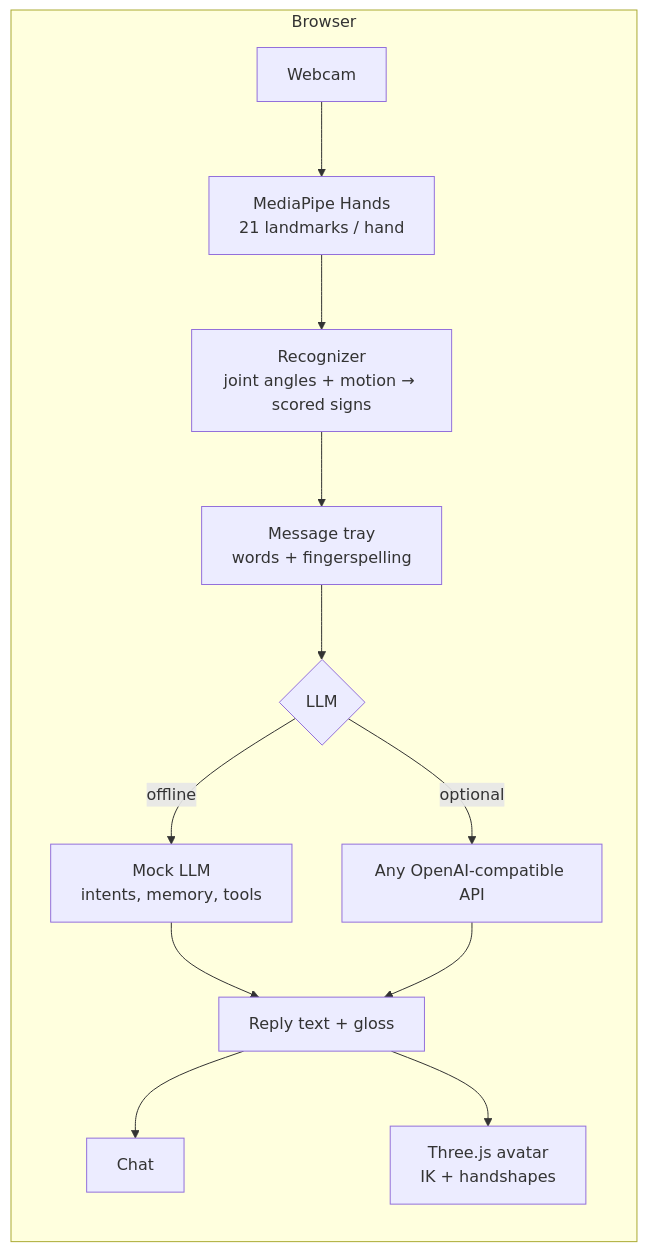
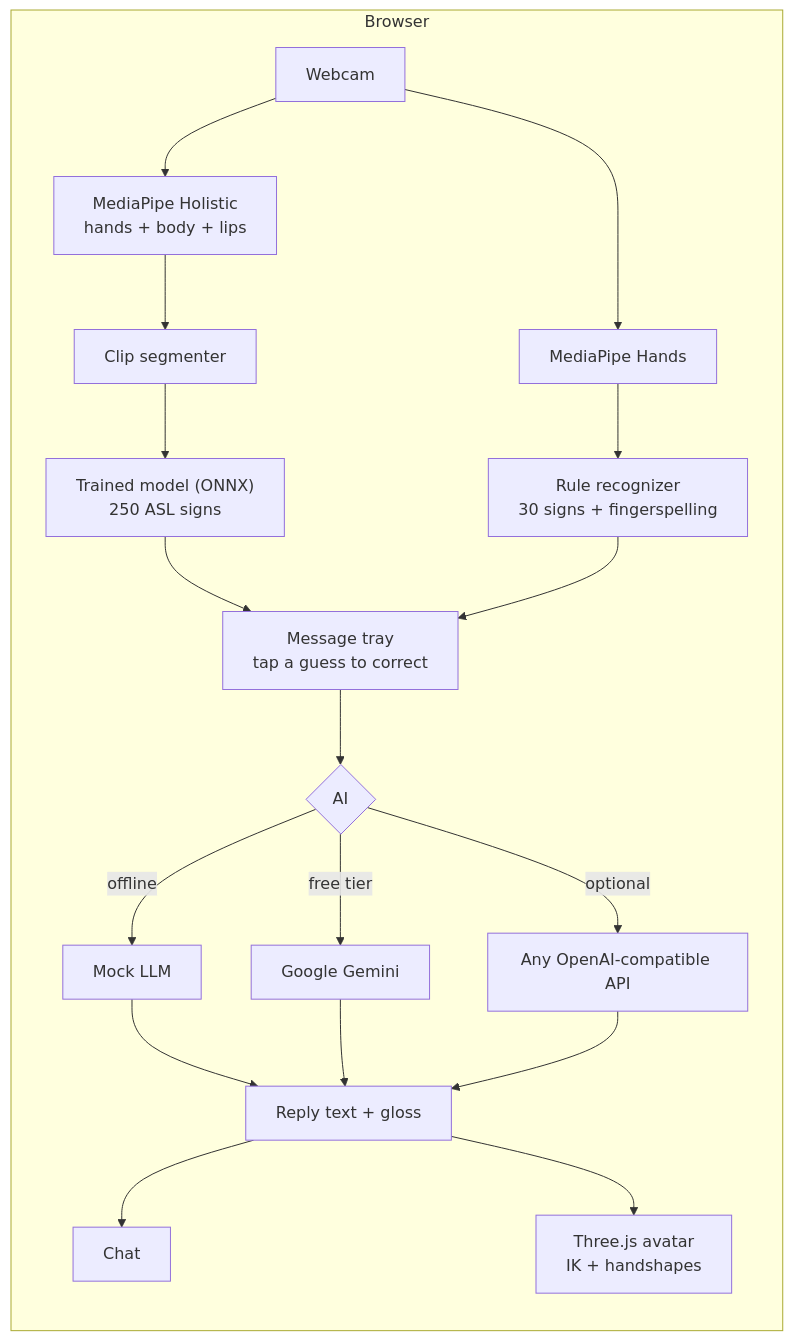
Before and after one commit to samadbekyunusalievv/signai: the diagram in README.md, drawn with Mermaid. The commit also changed other lines of this file and 4 other files, not shown here.

````diff
--- a/README.md
+++ b/README.md
@@ -32,15 +32,20 @@
 ```mermaid
 flowchart LR
     subgraph Browser
-        CAM["Webcam"] --> MP["MediaPipe Hands<br/>21 landmarks / hand"]
-        MP --> REC["Recognizer<br/>joint angles + motion → scored signs"]
-        REC --> TRAY["Message tray<br/>words + fingerspelling"]
-        TRAY --> LLM{"LLM"}
-        LLM -->|offline| MOCK["Mock LLM<br/>intents, memory, tools"]
+        CAM["Webcam"] --> HOL["MediaPipe Holistic<br/>hands + body + lips"]
+        CAM --> MP["MediaPipe Hands"]
+        HOL --> SEG["Clip segmenter"] --> NN["Trained model (ONNX)<br/>250 ASL signs"]
+        MP --> REC["Rule recognizer<br/>30 signs + fingerspelling"]
+        NN --> TRAY["Message tray<br/>tap a guess to correct"]
+        REC --> TRAY
+        TRAY --> LLM{"AI"}
+        LLM -->|offline| MOCK["Mock LLM"]
+        LLM -->|free tier| GEM["Google Gemini"]
         LLM -->|optional| API["Any OpenAI-compatible API"]
         MOCK --> OUT["Reply text + gloss"]
+        GEM --> OUT
         API --> OUT
         OUT --> CHAT["Chat"]
         OUT --> AV["Three.js avatar<br/>IK + handshapes"]
     end
 ```
````
